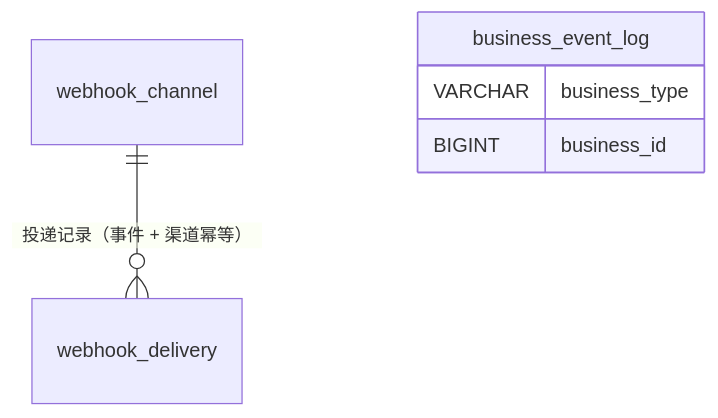
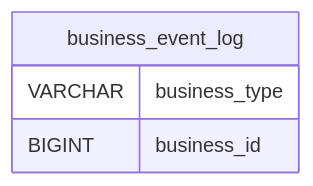
Diagram 11 of 21 in docs/websites/pages/dev-data-model.md (Sakana-1314/Electrical-Manager), drawn with Mermaid before and after one commit. The commit also changed other lines of this file and 74 other files, not shown here.

````diff
--- a/docs/websites/pages/dev-data-model.md
+++ b/docs/websites/pages/dev-data-model.md
@@ -306,8 +305,7 @@
 ```mermaid
 erDiagram
-    webhook_channel ||--o{ webhook_delivery : "投递记录（事件 + 渠道幂等）"
     business_event_log {
         VARCHAR business_type
         BIGINT business_id
     }
 ```
````
